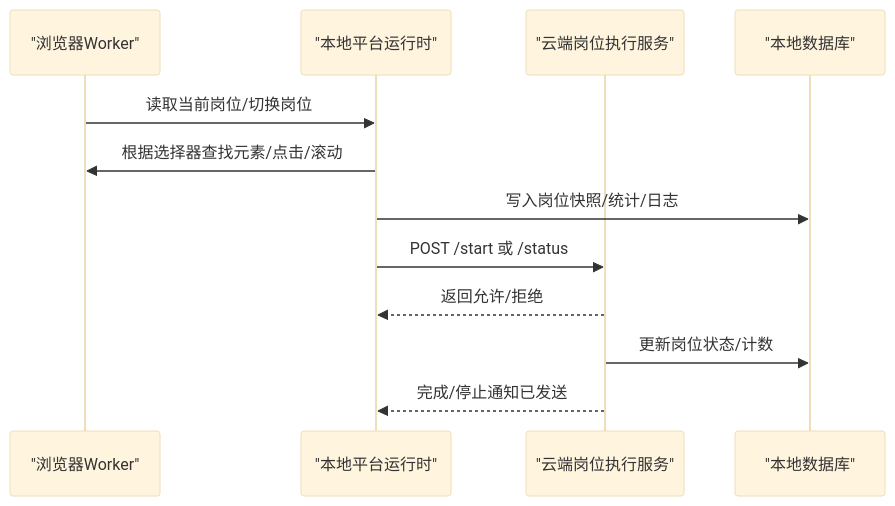
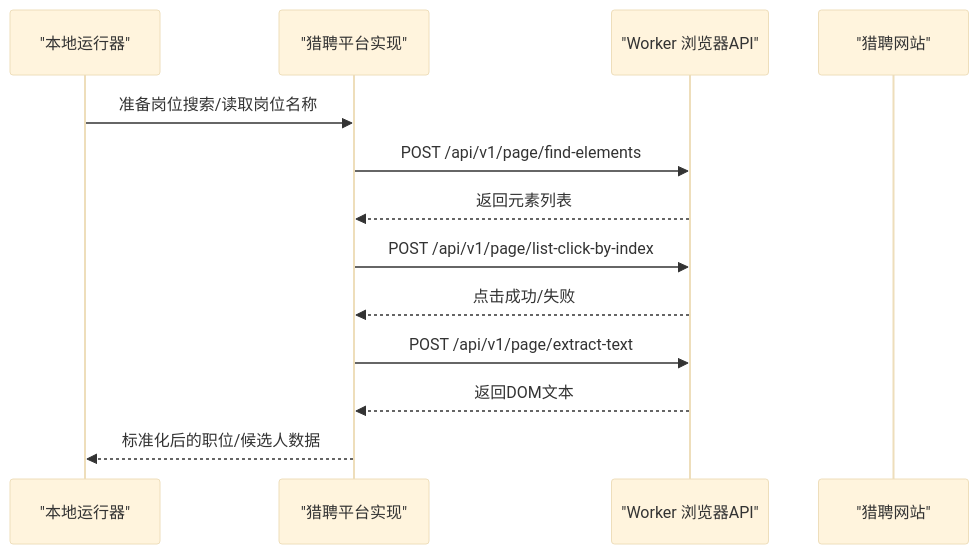
The second of 7 diagrams in .qoder/repowiki/zh/content/本地执行器/平台适配器/猎聘适配器/职位管理.md (alvinwangzi/goodhr), drawn with Mermaid (base theme) before and after one commit. The commit also changed other lines of this file and 149 other files, not shown here.

````diff
--- a/.qoder/repowiki/zh/content/本地执行器/平台适配器/猎聘适配器/职位管理.md
+++ b/.qoder/repowiki/zh/content/本地执行器/平台适配器/猎聘适配器/职位管理.md
@@ -87,14 +102,15 @@
 ```mermaid
 sequenceDiagram
-participant Browser as "浏览器Worker"
-participant Local as "本地平台运行时"
-participant Cloud as "云端岗位执行服务"
-participant DB as "本地数据库"
-Browser->>Local : 读取当前岗位/切换岗位
-Local->>Browser : 根据选择器查找元素/点击/滚动
-Local->>DB : 写入岗位快照/统计/日志
-Local->>Cloud : POST /start 或 /status
-Cloud-->>Local : 返回允许/拒绝
-Cloud->>DB : 更新岗位状态/计数
-Cloud-->>Local : 完成/停止通知已发送
+participant Runner as "本地运行器"
+participant Platform as "猎聘平台实现"
+participant Worker as "Worker 浏览器API"
+participant Site as "猎聘网站"
+Runner->>Platform : 准备岗位搜索/读取岗位名称
+Platform->>Worker : POST /api/v1/page/find-elements
+Worker-->>Platform : 返回元素列表
+Platform->>Worker : POST /api/v1/page/list-click-by-index
+Worker-->>Platform : 点击成功/失败
+Platform->>Worker : POST /api/v1/page/extract-text
+Worker-->>Platform : 返回DOM文本
+Platform-->>Runner : 标准化后的职位/候选人数据
 ```
````
